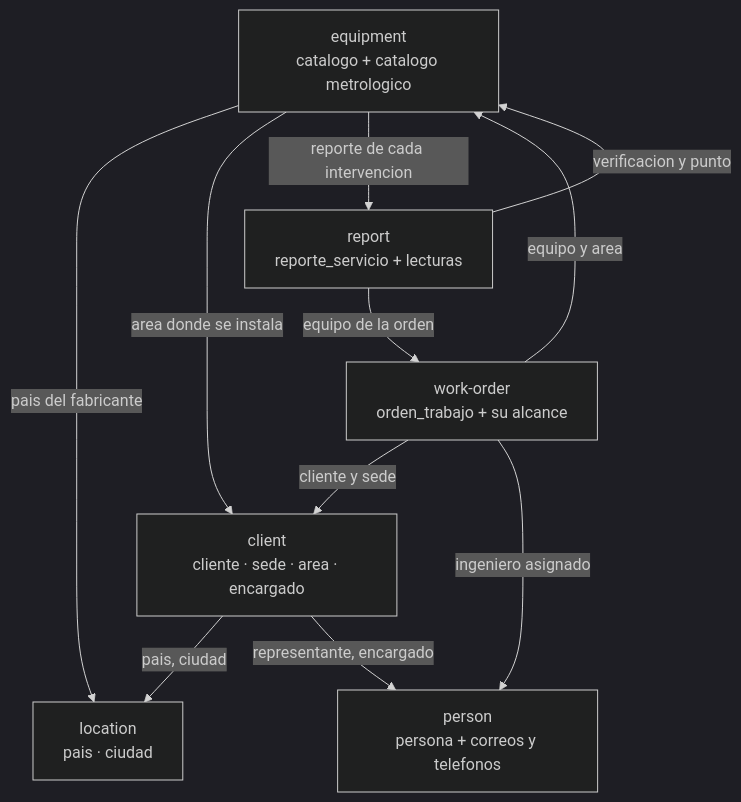
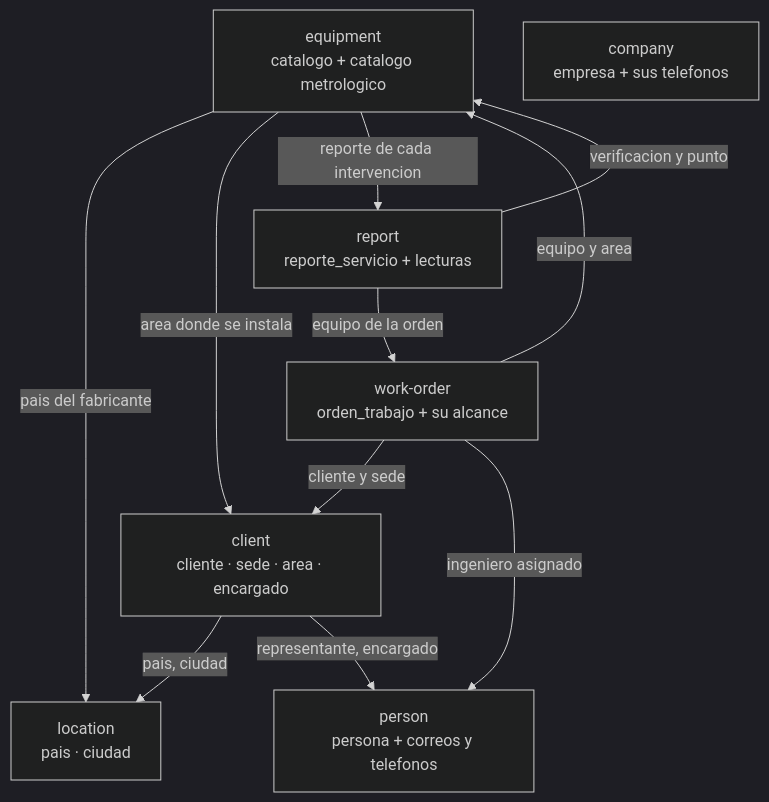
Before and after one commit to SeanBol222/MalphasOs: the first of 11 diagrams in SecondBrain/wiki/base-de-datos/esquema-bd-malphasos.md, drawn with Mermaid (dark theme). The commit also changed other lines of this file and 14 other files, not shown here.

First line of the commit message:
docs: V43, the company section of the schema and the plan split in three

````diff
--- a/SecondBrain/wiki/base-de-datos/esquema-bd-malphasos.md
+++ b/SecondBrain/wiki/base-de-datos/esquema-bd-malphasos.md
@@ -236,20 +241,21 @@
 ```mermaid
 graph TD
     location["location<br/>pais · ciudad"]
     person["person<br/>persona + correos y telefonos"]
     client["client<br/>cliente · sede · area · encargado"]
     equipment["equipment<br/>catalogo + catalogo metrologico"]
     workorder["work-order<br/>orden_trabajo + su alcance"]
     report["report<br/>reporte_servicio + lecturas"]
+    company["company<br/>empresa + sus telefonos"]
 
     client -->|pais, ciudad| location
     client -->|representante, encargado| person
     equipment -->|pais del fabricante| location
     equipment -->|area donde se instala| client
     equipment -->|reporte de cada intervencion| report
     workorder -->|cliente y sede| client
     workorder -->|ingeniero asignado| person
     workorder -->|equipo y area| equipment
     report -->|equipo de la orden| workorder
     report -->|verificacion y punto| equipment
 ```
````
